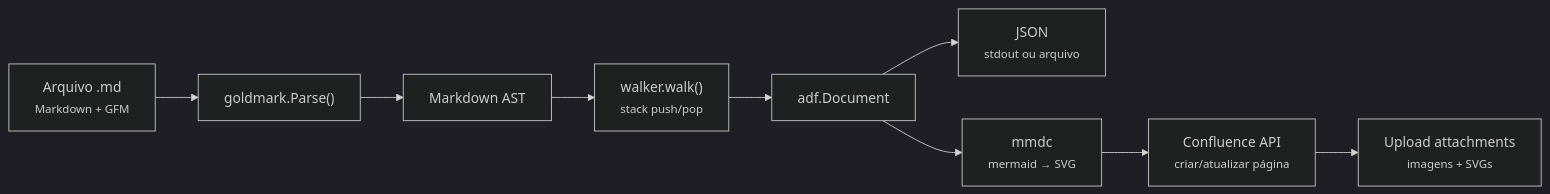
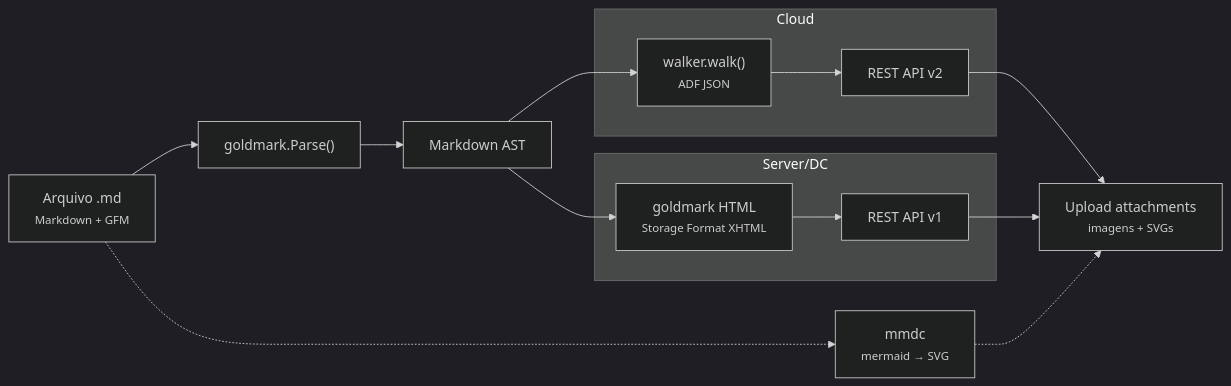
The second of 2 diagrams in README.md (fmnapoli/md2confl), drawn with Mermaid (dark theme) before and after one commit. The commit also changed other lines of this file and 3 other files, not shown here.

````diff
--- a/README.md
+++ b/README.md
@@ -67,17 +74,24 @@
 ```mermaid
 graph LR
     MD["Arquivo .md<br/><small>Markdown + GFM</small>"]
     Parse["goldmark.Parse()"]
     AST["Markdown AST"]
-    Walker["walker.walk()<br/><small>stack push/pop</small>"]
-    Doc["adf.Document"]
-    JSON["JSON<br/><small>stdout ou arquivo</small>"]
+
+    subgraph "Cloud"
+        Walker["walker.walk()<br/><small>ADF JSON</small>"]
+        CloudAPI["REST API v2"]
+    end
+
+    subgraph "Server/DC"
+        HTMLRender["goldmark HTML<br/><small>Storage Format XHTML</small>"]
+        ServerAPI["REST API v1"]
+    end
+
     Mermaid["mmdc<br/><small>mermaid → SVG</small>"]
-    API["Confluence API<br/><small>criar/atualizar página</small>"]
     Attach["Upload attachments<br/><small>imagens + SVGs</small>"]
 
-    MD --> Parse --> AST --> Walker --> Doc
-    Doc --> JSON
-    Doc --> Mermaid --> API
-    API --> Attach
+    MD --> Parse --> AST
+    AST --> Walker --> CloudAPI --> Attach
+    AST --> HTMLRender --> ServerAPI --> Attach
+    MD -.-> Mermaid -.-> Attach
 ```
````
